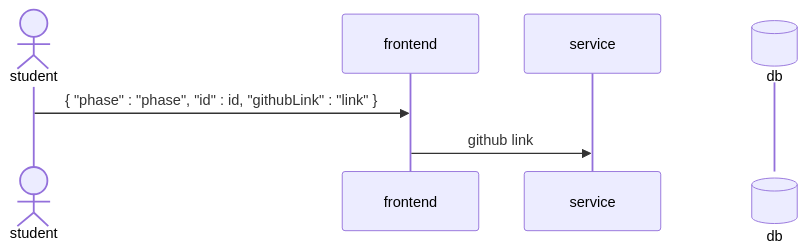
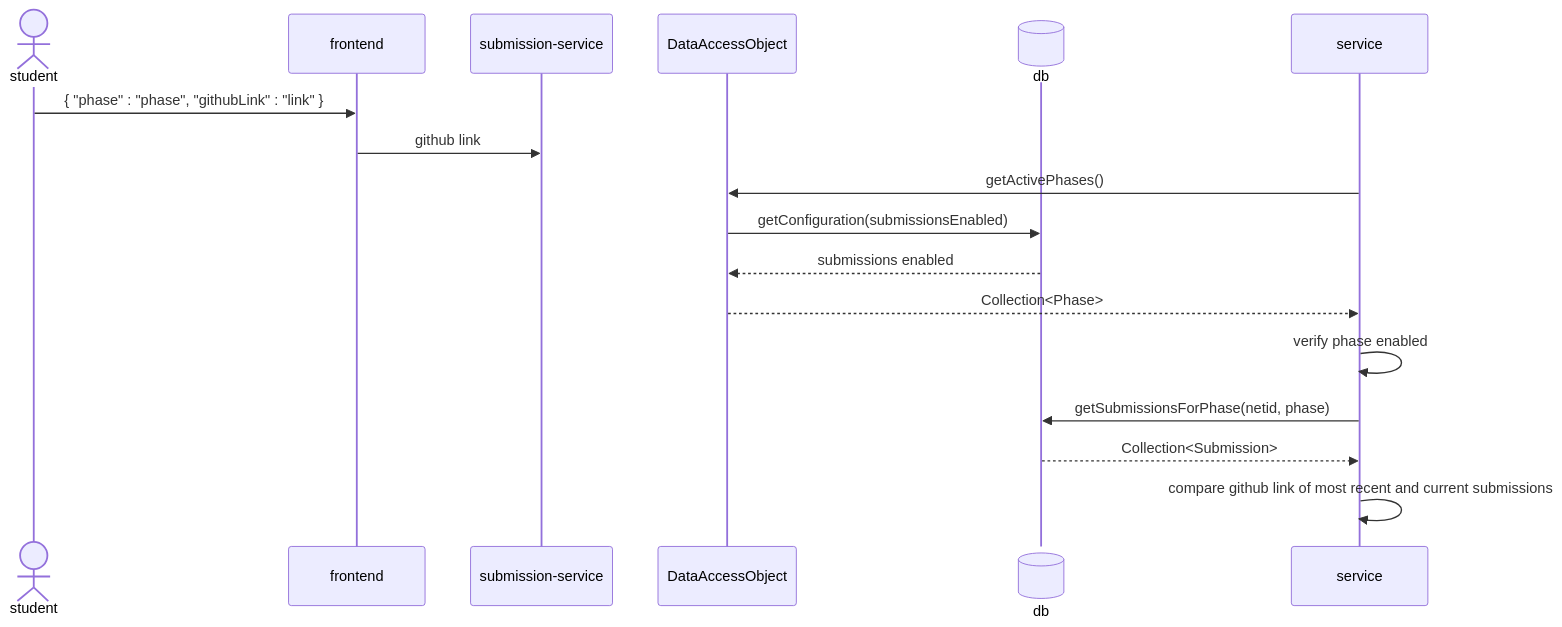
The diagram in docs/overall-grading-flow.md (softwareconstruction240/autograder), drawn with Mermaid before and after one commit. The commit also changed other lines of this file, not shown here.

Commit message:
add end-to-end validation of phase

````diff
--- a/docs/overall-grading-flow.md
+++ b/docs/overall-grading-flow.md
@@ -10,9 +14,19 @@
 ```mermaid
 sequenceDiagram
     actor student
     participant frontend
-    participant service
+    participant submission-service
+    participant dao as DataAccessObject
     participant db@{ "type" : "database" }
-    student->>frontend: { "phase" : "phase", "id" : id, "githubLink" : "link" }
-    frontend->>service: github link
+    student->>frontend: { "phase" : "phase", "githubLink" : "link" }
+    frontend->>submission-service: github link
+    service->>dao:getActivePhases()
+    dao->>db:getConfiguration(submissionsEnabled)
+    db-->>dao:submissions enabled
+    dao-->>service:Collection<Phase>
+    service->>service: verify phase enabled
+    
+    service->>db:getSubmissionsForPhase(netid, phase)
+    db-->>service:Collection<Submission>
+    service->>service: compare github link of most recent and current submissions
 ```
````
